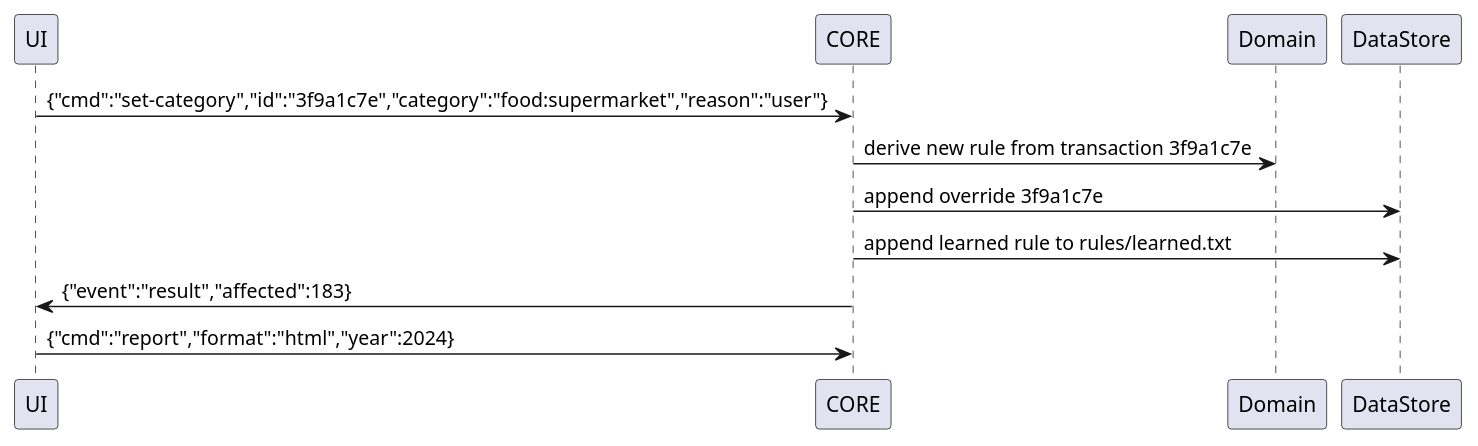
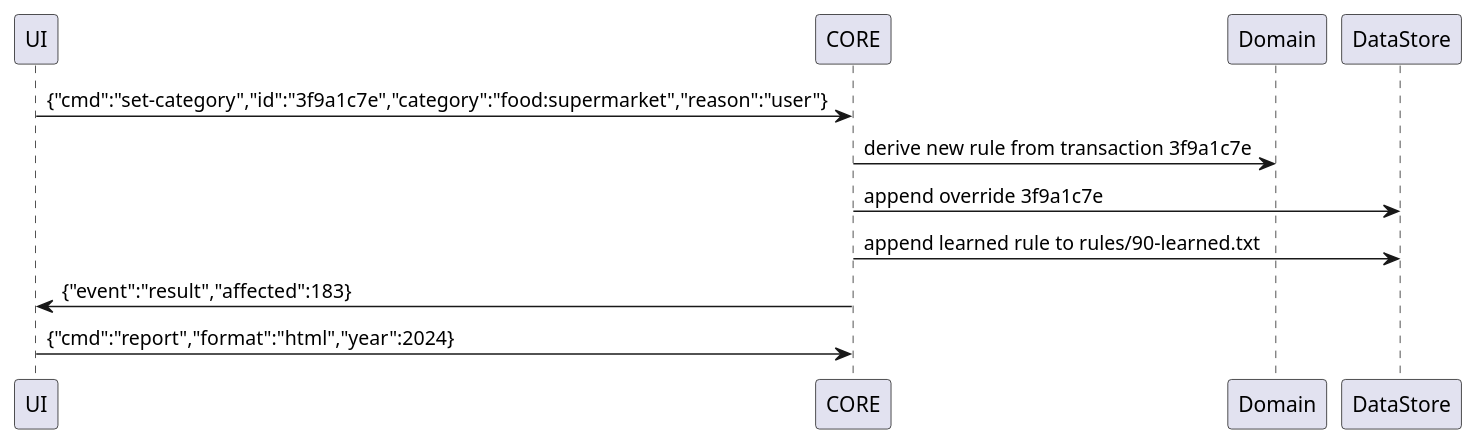
The third of 3 diagrams in doc/architecture/architecture.md (ThomasFeher/phin), drawn with PlantUML before and after one commit. The commit also changed 4 other files, not shown here.

````diff
--- a/doc/architecture/architecture.md
+++ b/doc/architecture/architecture.md
@@ -236,10 +236,10 @@
 ```plantuml
 @startuml
 UI -> CORE : {"cmd":"set-category","id":"3f9a1c7e","category":"food:supermarket","reason":"user"}
 CORE -> Domain : derive new rule from transaction 3f9a1c7e
 CORE -> DataStore : append override 3f9a1c7e
-CORE -> DataStore : append learned rule to rules/learned.txt
+CORE -> DataStore : append learned rule to rules/90-learned.txt
 CORE -> UI : {"event":"result","affected":183}
 UI -> CORE : {"cmd":"report","format":"html","year":2024}
 @enduml
 ```
````
